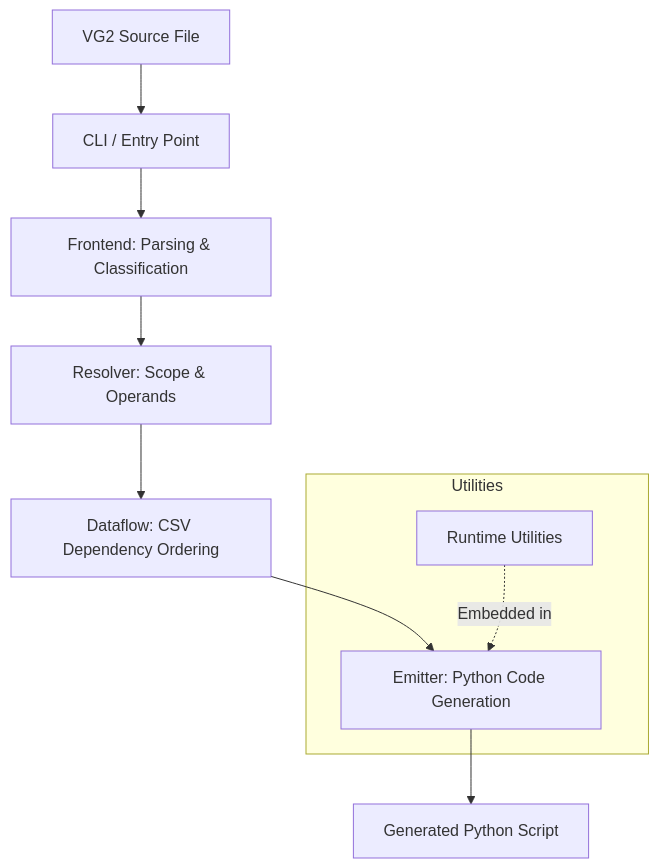
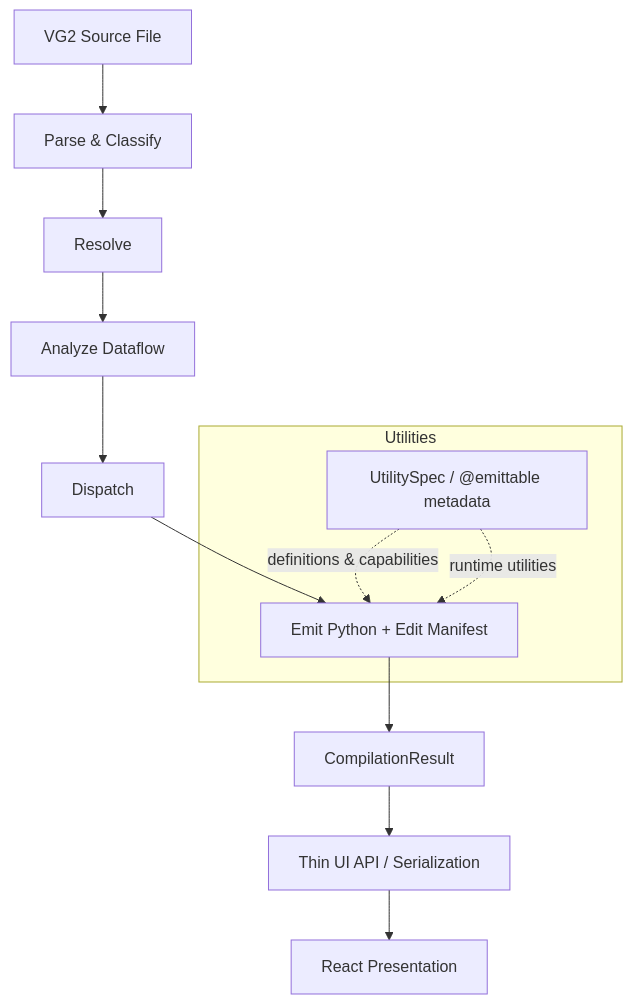
One commit to VectorLim/SQLPathFinder_PY_Migration changed the diagram in README.md. Above: the diagram before and after it, drawn with Mermaid. The commit also changed other lines of this file and 149 other files, not shown here.

````diff
--- a/README.md
+++ b/README.md
@@ -9,13 +9,16 @@
 ```mermaid
 graph TD
-    A[VG2 Source File] --> B[CLI / Entry Point]
-    B --> C[Frontend: Parsing & Classification]
-    C --> D[Resolver: Scope & Operands]
-    D --> E[Dataflow: CSV Dependency Ordering]
-    E --> F[Emitter: Python Code Generation]
-    F --> G[Generated Python Script]
-    
+    A[VG2 Source File] --> B[Parse & Classify]
+    B --> C[Resolve]
+    C --> D[Analyze Dataflow]
+    D --> E[Dispatch]
+    E --> F[Emit Python + Edit Manifest]
+    F --> G[CompilationResult]
+    G --> H[Thin UI API / Serialization]
+    H --> I[React Presentation]
+
     subgraph Utilities
-        H[Runtime Utilities] -. Embedded in .-> F
+        J[UtilitySpec / @emittable metadata] -. definitions & capabilities .-> F
+        J -. runtime utilities .-> F
     end
 ```
````
